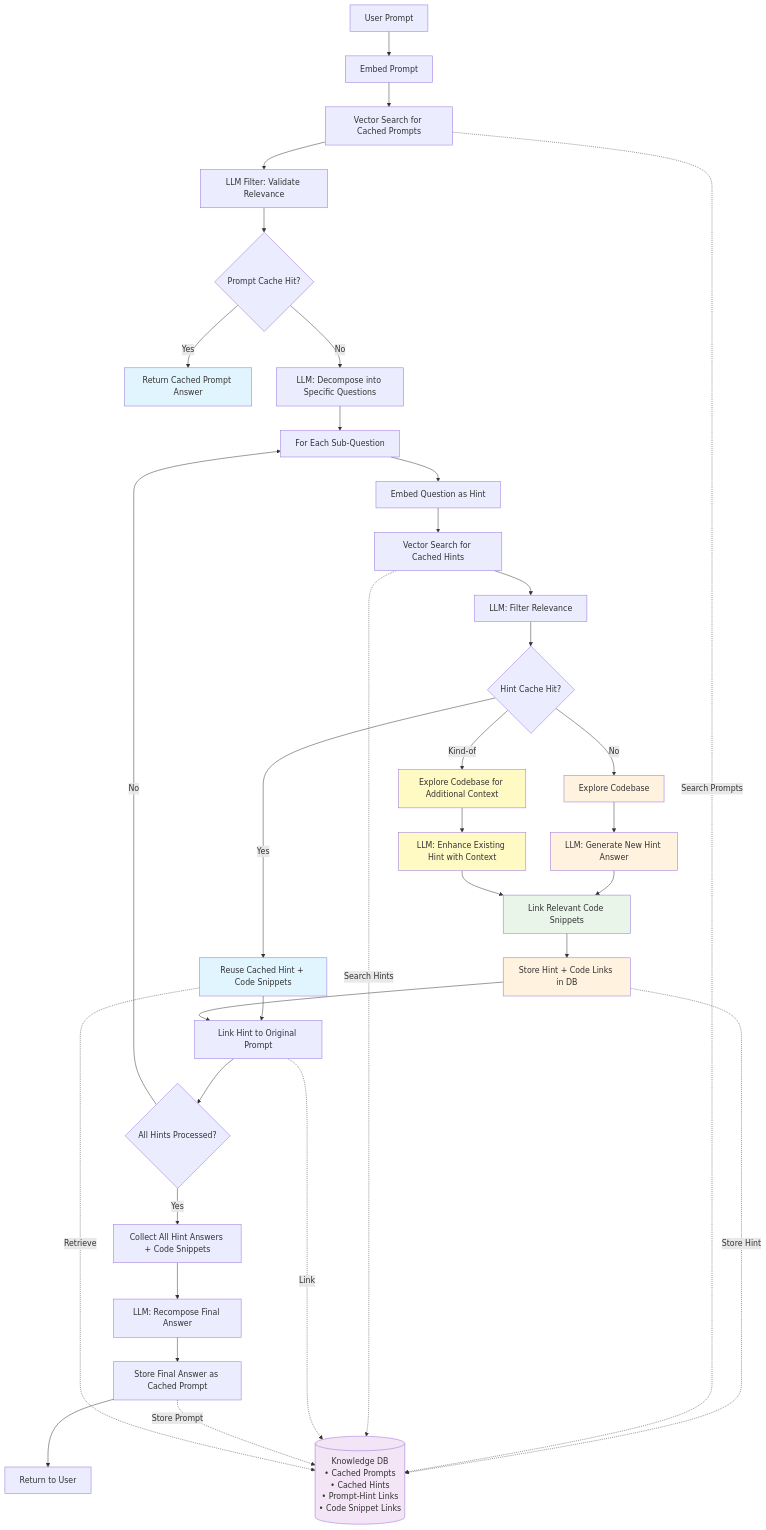
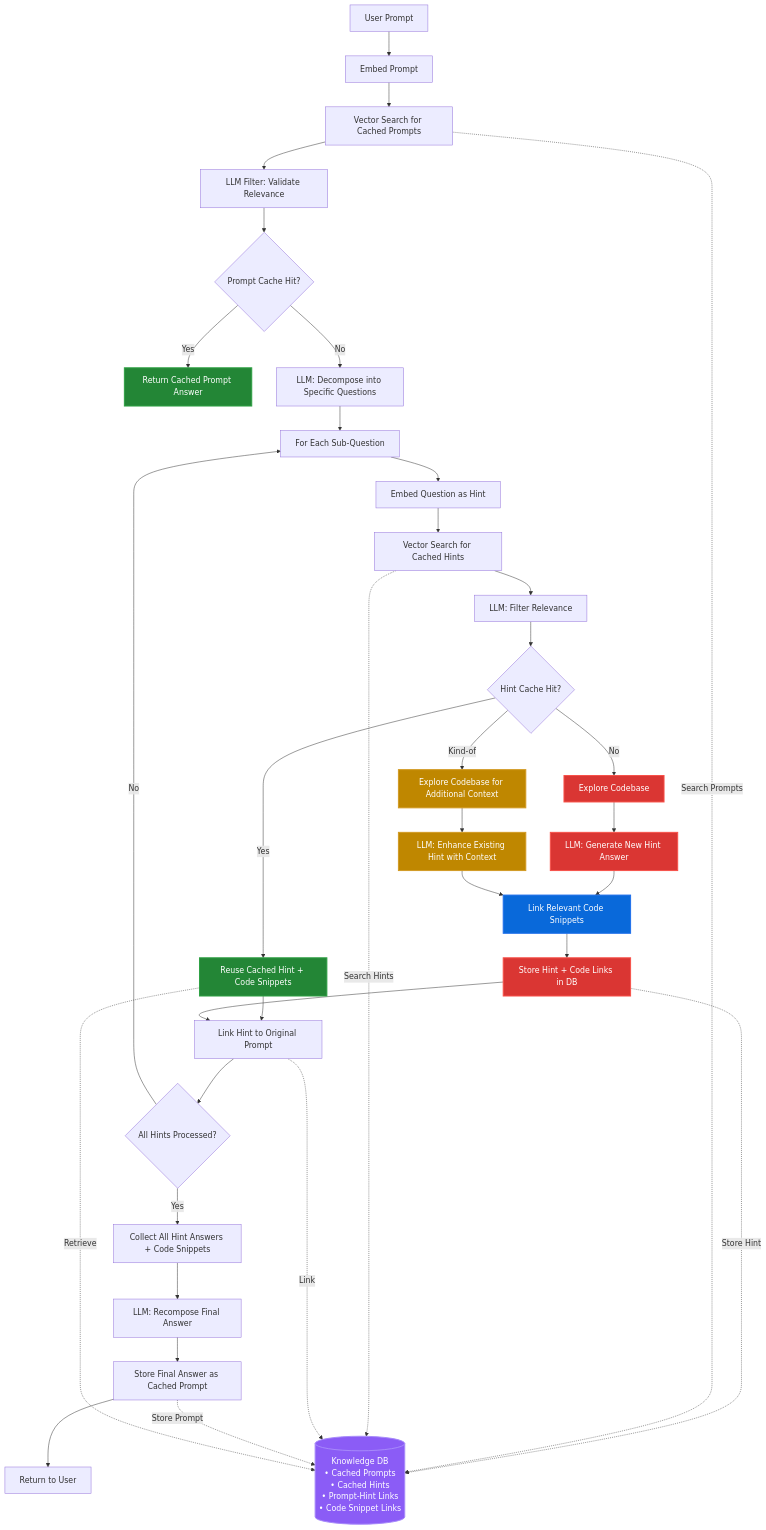
One commit to xiaoniaoyouhuajiang/stakgraph changed the diagram in mcp/src/tools/intelligence/readme.md. Above: the diagram before and after it, drawn with Mermaid.

Commit message:
box style

````diff
--- a/mcp/src/tools/intelligence/readme.md
+++ b/mcp/src/tools/intelligence/readme.md
@@ -1,63 +1,63 @@
 ```mermaid
 
 flowchart TD
 A[User Prompt] --> B[Embed Prompt]
 B --> C[Vector Search for Cached Prompts]
 C --> D[LLM Filter: Validate Relevance]
 
     D --> E{Prompt Cache Hit?}
 
     E -->|Yes| F[Return Cached Prompt Answer]
     E -->|No| G[LLM: Decompose into Specific Questions]
 
     G --> H[For Each Sub-Question]
     H --> I[Embed Question as Hint]
     I --> J[Vector Search for Cached Hints]
     J --> K[LLM: Filter Relevance]
 
     K --> L{Hint Cache Hit?}
 
     L -->|Yes| M[Reuse Cached Hint + Code Snippets]
     L -->|Kind-of| N2[Explore Codebase for Additional Context]
     L -->|No| N[Explore Codebase]
     N --> P[LLM: Generate New Hint Answer]
 
     P --> Q[Link Relevant Code Snippets]
     Q --> R[Store Hint + Code Links in DB]
 
     N2 --> P2[LLM: Enhance Existing Hint with Context]
     P2 --> Q
 
     M --> S[Link Hint to Original Prompt]
     R --> S
 
     S --> T{All Hints Processed?}
     T -->|No| H
     T -->|Yes| U[Collect All Hint Answers + Code Snippets]
 
     U --> V[LLM: Recompose Final Answer]
     V --> W[Store Final Answer as Cached Prompt]
     W --> X[Return to User]
 
     %% Database connections
     R -.->|Store Hint| Y[(Knowledge DB<br/>• Cached Prompts<br/>• Cached Hints<br/>• Prompt-Hint Links<br/>• Code Snippet Links)]
     C -.->|Search Prompts| Y
     J -.->|Search Hints| Y
     S -.->|Link| Y
     W -.->|Store Prompt| Y
     M -.->|Retrieve| Y
 
     %% Styling
-    classDef cacheHit fill:#e1f5fe
-    classDef cacheMiss fill:#fff3e0
-    classDef partialHit fill:#fff9c4
-    classDef database fill:#f3e5f5
-    classDef codeLink fill:#e8f5e8
+    classDef cacheHit fill:#238636,stroke:#2ea043,stroke-width:2px,color:#ffffff
+    classDef cacheMiss fill:#da3633,stroke:#f85149,stroke-width:2px,color:#ffffff
+    classDef partialHit fill:#bf8700,stroke:#d29922,stroke-width:2px,color:#ffffff
+    classDef database fill:#8b5cf6,stroke:#a78bfa,stroke-width:2px,color:#ffffff
+    classDef codeLink fill:#0969da,stroke:#1f6feb,stroke-width:2px,color:#ffffff
 
     class F,M cacheHit
     class N,P,Q,R cacheMiss
     class N2,P2 partialHit
     class Y database
     class Q codeLink
 
 ```
````
